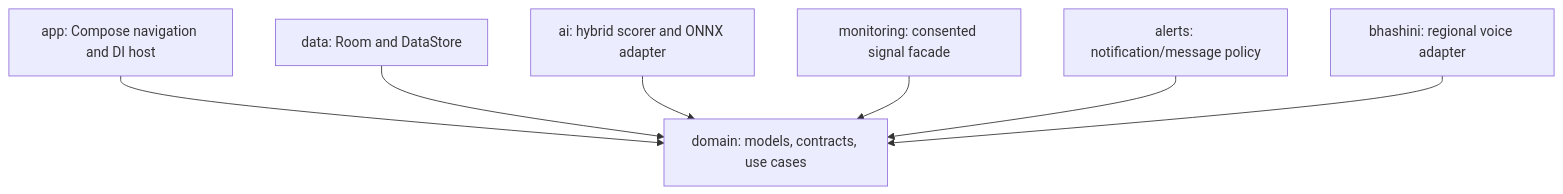
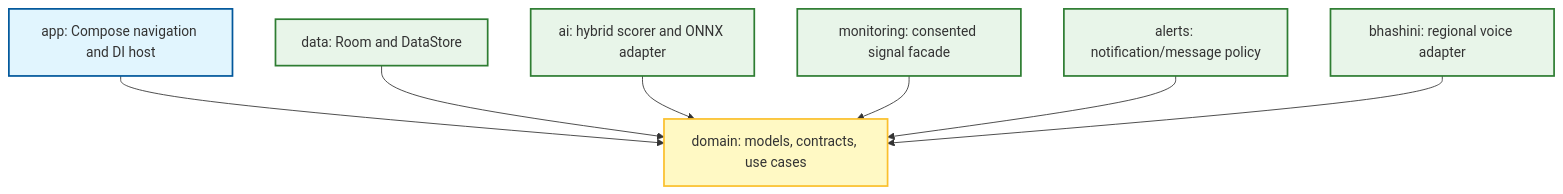
Before and after one commit to kgp134134-sys/GramKavach-CyberShield: the diagram in docs/Architecture.md, drawn with Mermaid. The commit also changed 9 other files, not shown here.

Commit message:
Complete dependency inversion for Risk Scorer and update monitoring service logic

````diff
--- a/docs/Architecture.md
+++ b/docs/Architecture.md
@@ -5,9 +5,26 @@
 ```mermaid
 flowchart TB
-  app[app: Compose navigation and DI host] --> domain[domain: models, contracts, use cases]
-  data[data: Room and DataStore] --> domain
-  ai[ai: hybrid scorer and ONNX adapter] --> domain
-  monitoring[monitoring: consented signal facade] --> domain
-  alerts[alerts: notification/message policy] --> domain
-  bhashini[bhashini: regional voice adapter] --> domain
+  app[app: Compose navigation and DI host]
+  domain[domain: models, contracts, use cases]
+  data[data: Room and DataStore]
+  ai[ai: hybrid scorer and ONNX adapter]
+  monitoring[monitoring: consented signal facade]
+  alerts[alerts: notification/message policy]
+  bhashini[bhashini: regional voice adapter]
+
+  app --> domain
+  data --> domain
+  ai --> domain
+  monitoring --> domain
+  alerts --> domain
+  bhashini --> domain
+
+  %% Styling
+  style app fill:#E1F5FE,stroke:#01579B,stroke-width:2px
+  style domain fill:#FFF9C4,stroke:#FBC02D,stroke-width:2px
+  style data fill:#E8F5E9,stroke:#2E7D32,stroke-width:2px
+  style ai fill:#E8F5E9,stroke:#2E7D32,stroke-width:2px
+  style monitoring fill:#E8F5E9,stroke:#2E7D32,stroke-width:2px
+  style alerts fill:#E8F5E9,stroke:#2E7D32,stroke-width:2px
+  style bhashini fill:#E8F5E9,stroke:#2E7D32,stroke-width:2px
 ```
````
